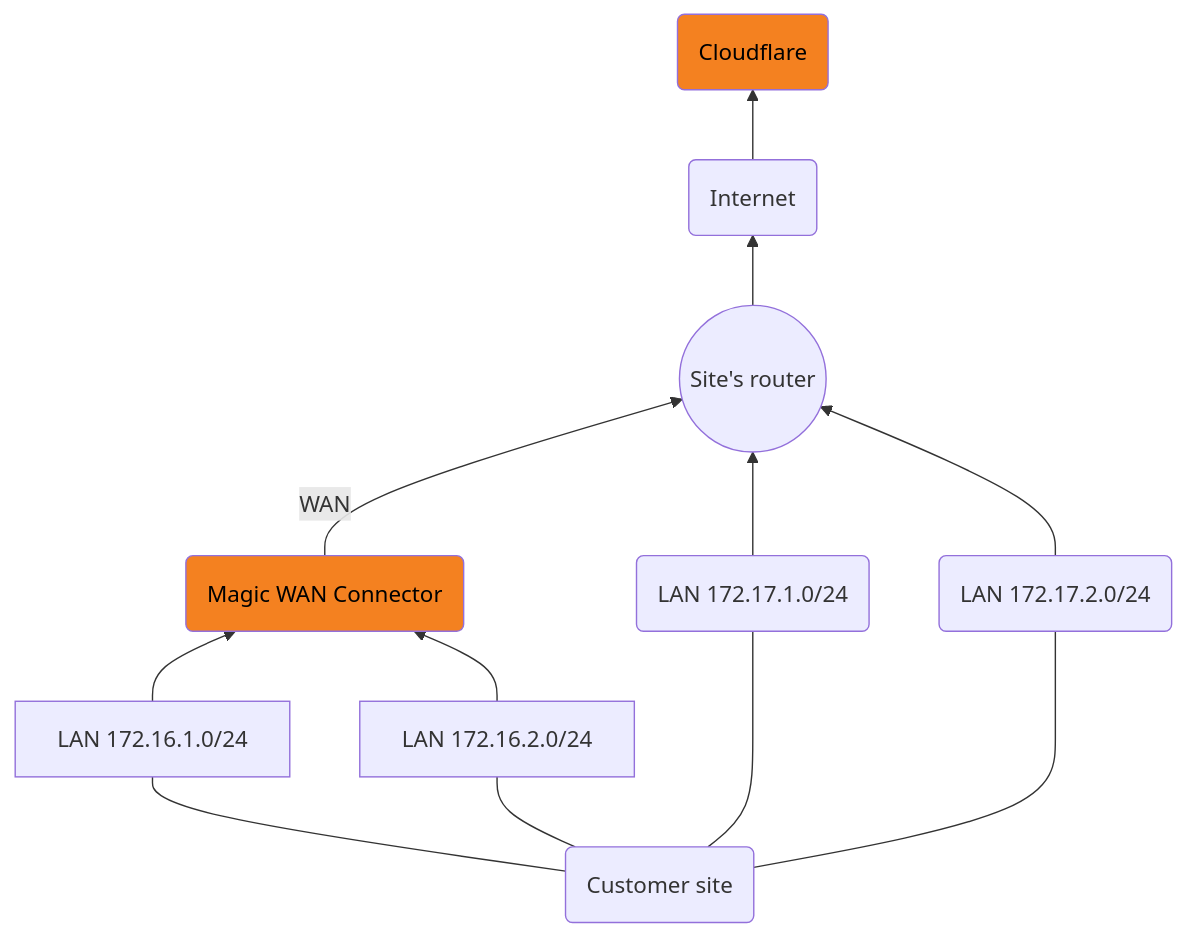
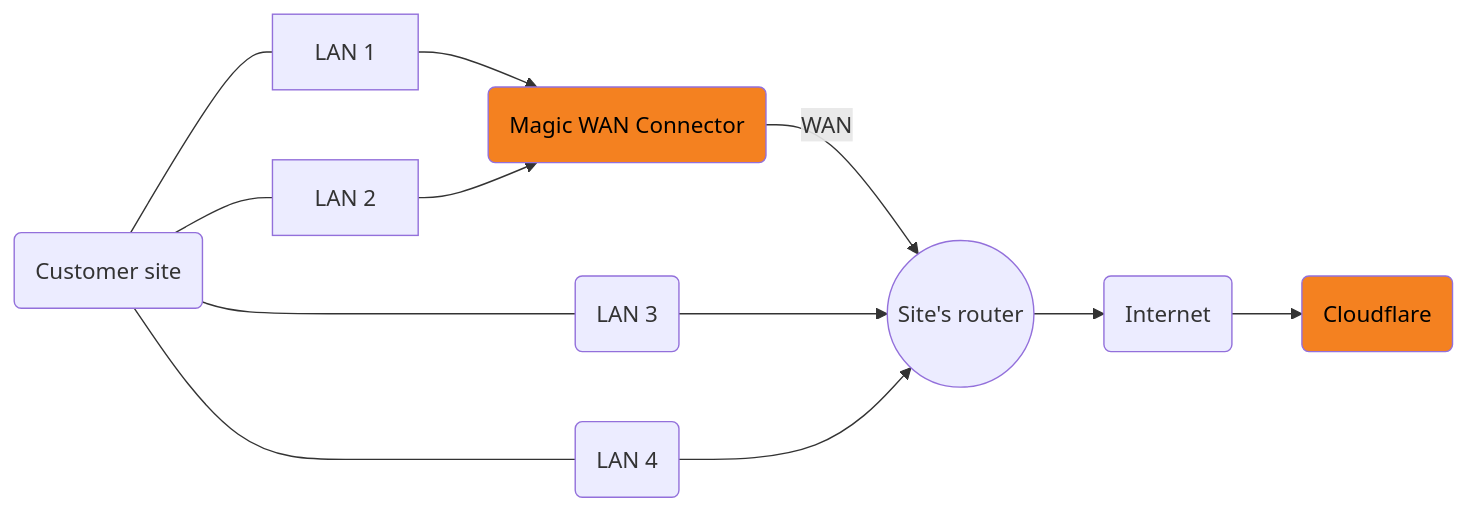
Before and after one commit to cloudflare/cloudflare-docs: the second of 2 diagrams in content/magic-wan/configuration/connector/configure-hardware-connector/_index.md, drawn with Mermaid. The commit also changed other lines of this file and 1 other file, not shown here.

Commit message:
refined graphs

````diff
--- a/content/magic-wan/configuration/connector/configure-hardware-connector/_index.md
+++ b/content/magic-wan/configuration/connector/configure-hardware-connector/_index.md
@@ -66,12 +69,12 @@
 ```mermaid
-flowchart BT
+flowchart LR
 accTitle: Magic WAN Connector connects to the router in the site, and only some of the LANs connect to Connector.
     a(Magic WAN Connector)-->|WAN|b((Site's router)) --> c(Internet) --> i(Cloudflare)
-    d[LAN 172.16.1.0/24] --> a
-    e[LAN 172.16.2.0/24] --> a
+    d[LAN 1] --> a
+    e[LAN 2] --> a
     f(Customer site) --- d & e & g & h
-    g(LAN 172.17.1.0/24) --> b
-    h(LAN 172.17.2.0/24) --> b
+    g(LAN 3) --> b
+    h(LAN 4) --> b
     classDef orange fill:#f48120,color: black
     class a,i orange
 ```
````
